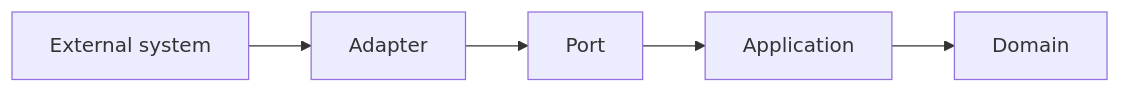
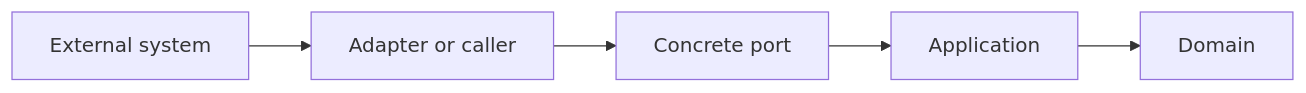
One commit to virtualitems/tshex-cli changed the first of 2 diagrams in docs/context-ports.md. Above: the diagram before and after it, drawn with Mermaid. The commit also changed other lines of this file and 2 other files, not shown here.

````diff
--- a/docs/context-ports.md
+++ b/docs/context-ports.md
@@ -111,7 +105,7 @@
 ```mermaid
 flowchart LR
-    external["External system"] --> adapter[Adapter]
-    adapter --> port[Port]
+    external["External system"] --> adapter["Adapter or caller"]
+    adapter --> port[Concrete port]
     port --> application[Application]
     application --> domain[Domain]
 ```
````
